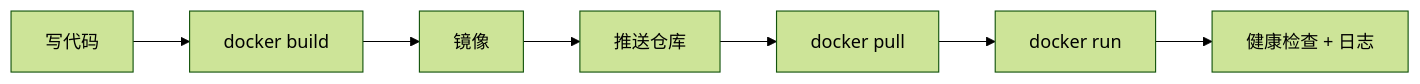
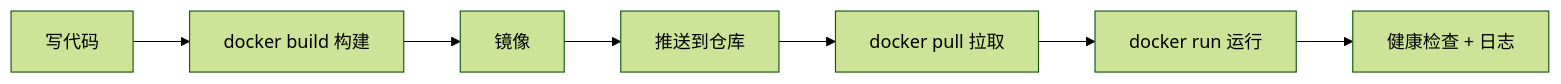
Before and after one commit to PrinZzzzjn/software-engineering-textbook: the second of 2 diagrams in 软件工程实践-2.0/21-Docker基础.md, drawn with Mermaid (forest theme). The commit also changed other lines of this file and 7 other files, not shown here.

````diff
--- a/软件工程实践-2.0/21-Docker基础.md
+++ b/软件工程实践-2.0/21-Docker基础.md
@@ -195,9 +269,9 @@
 ```mermaid
 flowchart LR
-    A["写代码"] --> B["docker build"]
+    A["写代码"] --> B["docker build 构建"]
     B --> C["镜像"]
-    C --> D["推送仓库"]
-    D --> E["docker pull"]
-    E --> F["docker run"]
+    C --> D["推送到仓库"]
+    D --> E["docker pull 拉取"]
+    E --> F["docker run 运行"]
     F --> G["健康检查 + 日志"]
 ```
````
